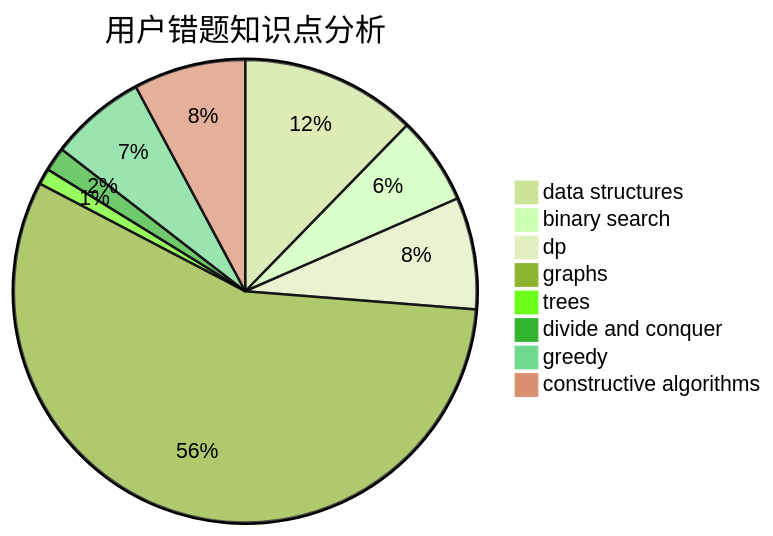
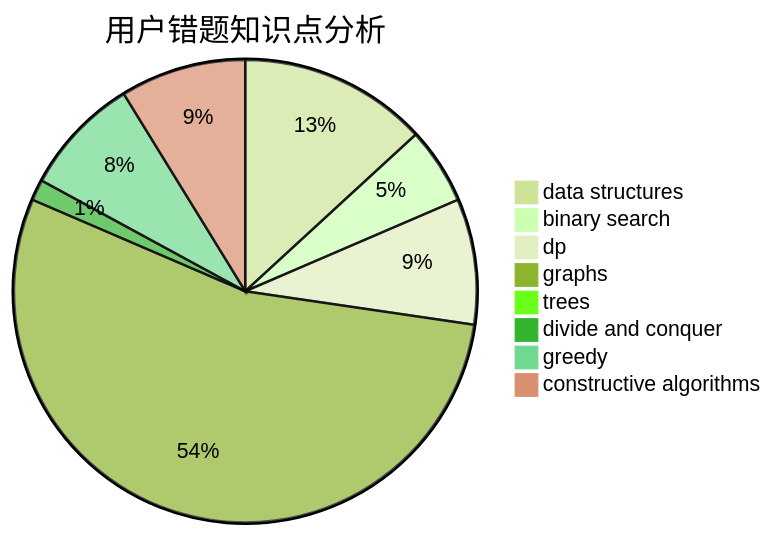
Before and after one commit to sherpahu/cfrs.github.io: the third of 3 diagrams in docs/user/u2403.md, drawn with Mermaid (forest theme). The commit also changed other lines of this file and 2770 other files, not shown here.

````diff
--- a/docs/user/u2403.md
+++ b/docs/user/u2403.md
@@ -36,11 +36,11 @@
 ```mermaid
 pie title 用户错题知识点分析
-    "data structures" :  22
+    "data structures" :  27
     "binary search" :  11
-    "dp" :  14
-    "graphs" :  101
+    "dp" :  18
+    "graphs" :  111
     "trees" :  2
     "divide and conquer" :  3
-    "greedy" :  12
-    "constructive algorithms" :  14
+    "greedy" :  17
+    "constructive algorithms" :  18
 ```
````
